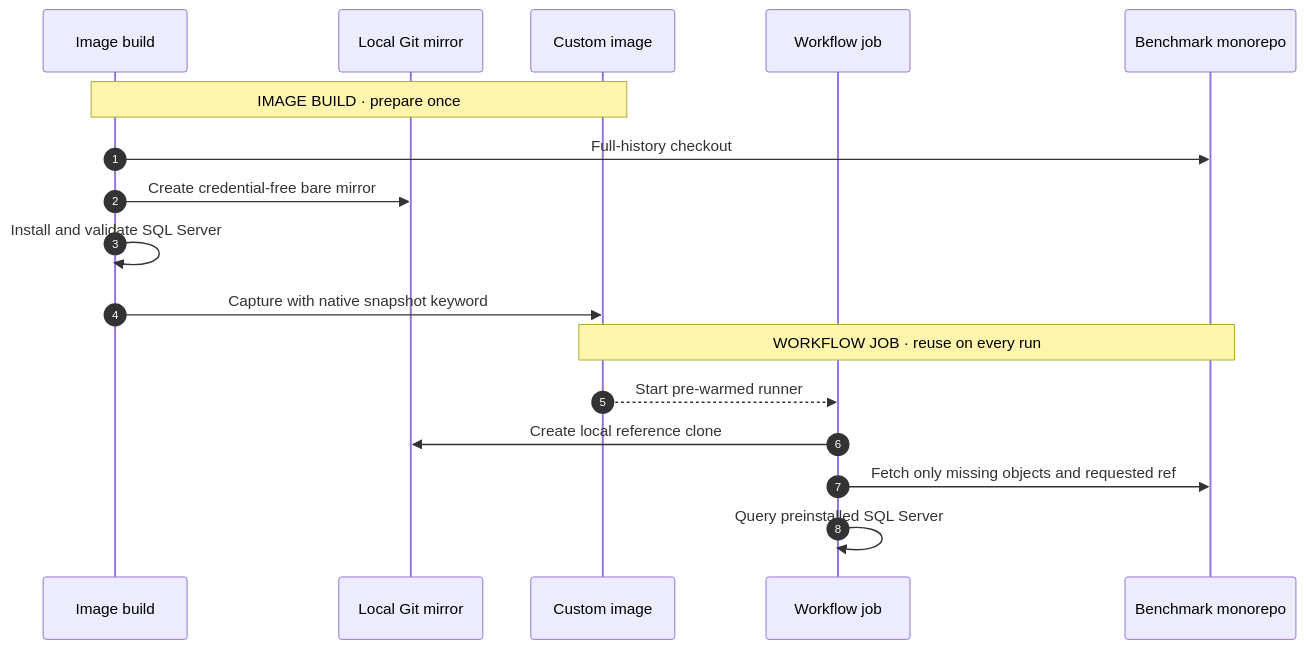
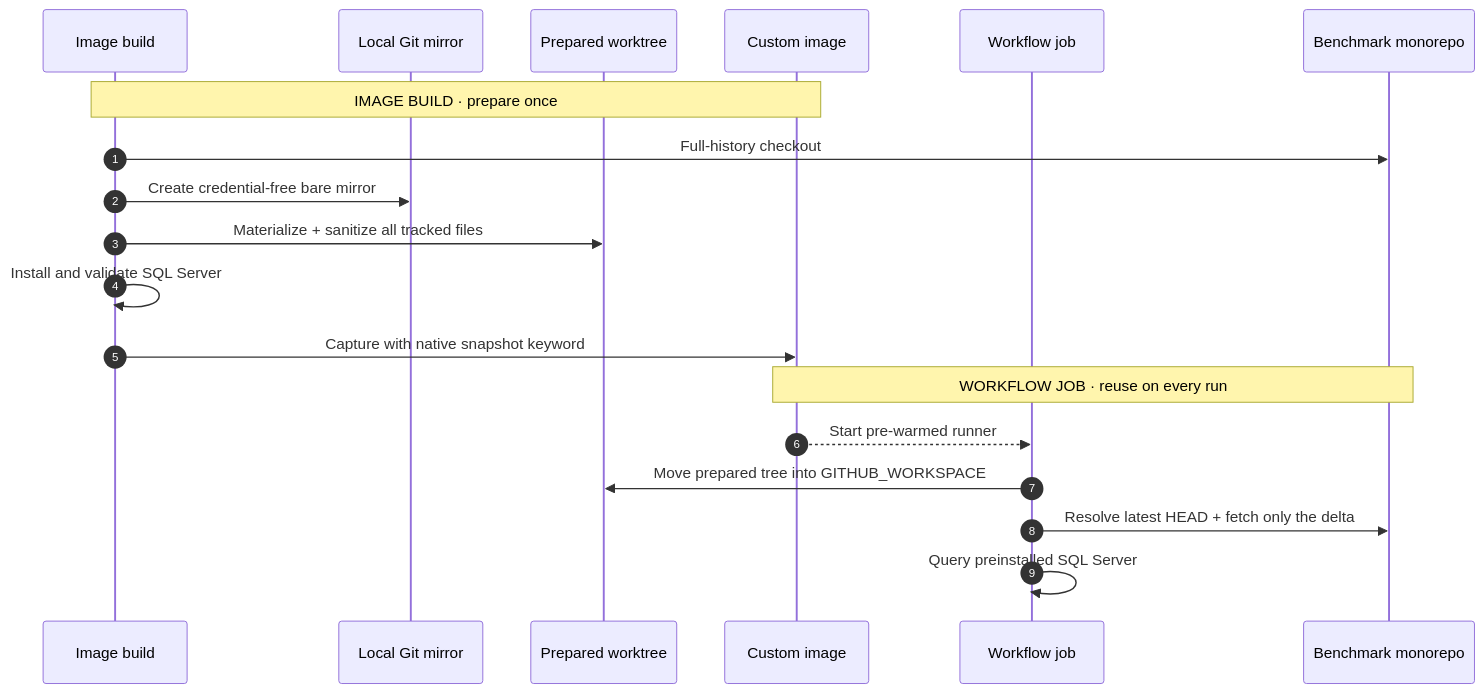
One commit to tsvi-solutions/custom_images_examples changed the second of 4 diagrams in README.md. Above: the diagram before and after it, drawn with Mermaid. The commit also changed other lines of this file and 5 other files, not shown here.

Commit message:
Enhance workflows with prepared worktree validation and activation

````diff
--- a/README.md
+++ b/README.md
@@ -147,21 +154,23 @@
 ```mermaid
 sequenceDiagram
     autonumber
     participant Build as Image build
     participant Mirror as Local Git mirror
+    participant Tree as Prepared worktree
     participant Snapshot as Custom image
     participant Job as Workflow job
     participant GitHub as Benchmark monorepo
 
     Note over Build,Snapshot: IMAGE BUILD · prepare once
     Build->>GitHub: Full-history checkout
     Build->>Mirror: Create credential-free bare mirror
+    Build->>Tree: Materialize + sanitize all tracked files
     Build->>Build: Install and validate SQL Server
     Build->>Snapshot: Capture with native snapshot keyword
 
     Note over Snapshot,GitHub: WORKFLOW JOB · reuse on every run
     Snapshot-->>Job: Start pre-warmed runner
-    Job->>Mirror: Create local reference clone
-    Job->>GitHub: Fetch only missing objects and requested ref
+    Job->>Tree: Move prepared tree into GITHUB_WORKSPACE
+    Job->>GitHub: Resolve latest HEAD + fetch only the delta
     Job->>Job: Query preinstalled SQL Server
 ```
````
